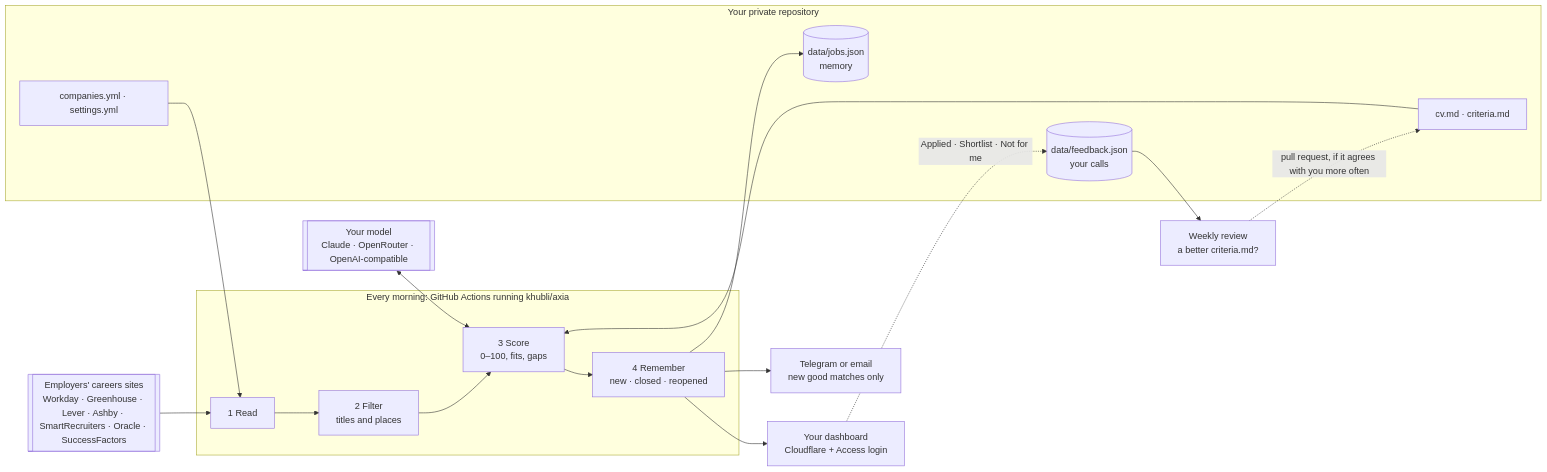
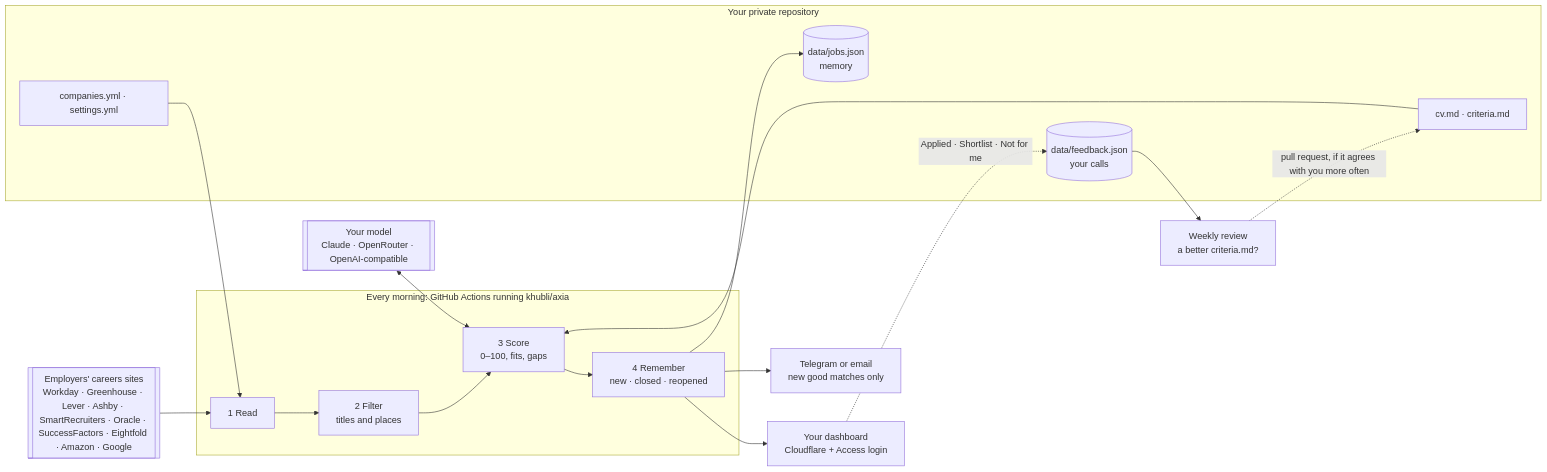
The diagram in docs/how-it-works.md (khubli/axia), drawn with Mermaid before and after one commit. The commit also changed other lines of this file and 18 other files, not shown here.

First line of the commit message:
Read Amazon, Google and Eightfold career sites (1.7.0)

````diff
--- a/docs/how-it-works.md
+++ b/docs/how-it-works.md
@@ -5,24 +5,24 @@
 ```mermaid
 flowchart LR
   subgraph you["Your private repository"]
     cfg["companies.yml · settings.yml"]
     cv["cv.md · criteria.md"]
     mem[("data/jobs.json<br/>memory")]
     fb[("data/feedback.json<br/>your calls")]
   end
-  sites[["Employers' careers sites<br/>Workday · Greenhouse · Lever · Ashby · SmartRecruiters · Oracle · SuccessFactors"]]
+  sites[["Employers' careers sites<br/>Workday · Greenhouse · Lever · Ashby · SmartRecruiters · Oracle · SuccessFactors · Eightfold · Amazon · Google"]]
   model[["Your model<br/>Claude · OpenRouter · OpenAI-compatible"]]
   subgraph run["Every morning: GitHub Actions running khubli/axia"]
     read["1 Read"] --> filter["2 Filter<br/>titles and places"] --> score["3 Score<br/>0–100, fits, gaps"] --> remember["4 Remember<br/>new · closed · reopened"]
   end
   cfg --> read
   sites --> read
   cv --> score
   model <--> score
   remember --> mem
   remember --> dash["Your dashboard<br/>Cloudflare + Access login"]
   remember --> msg["Telegram or email<br/>new good matches only"]
   dash -. "Applied · Shortlist · Not for me" .-> fb
   fb --> review["Weekly review<br/>a better criteria.md?"]
   review -. "pull request, if it agrees with you more often" .-> cv
 ```
````
